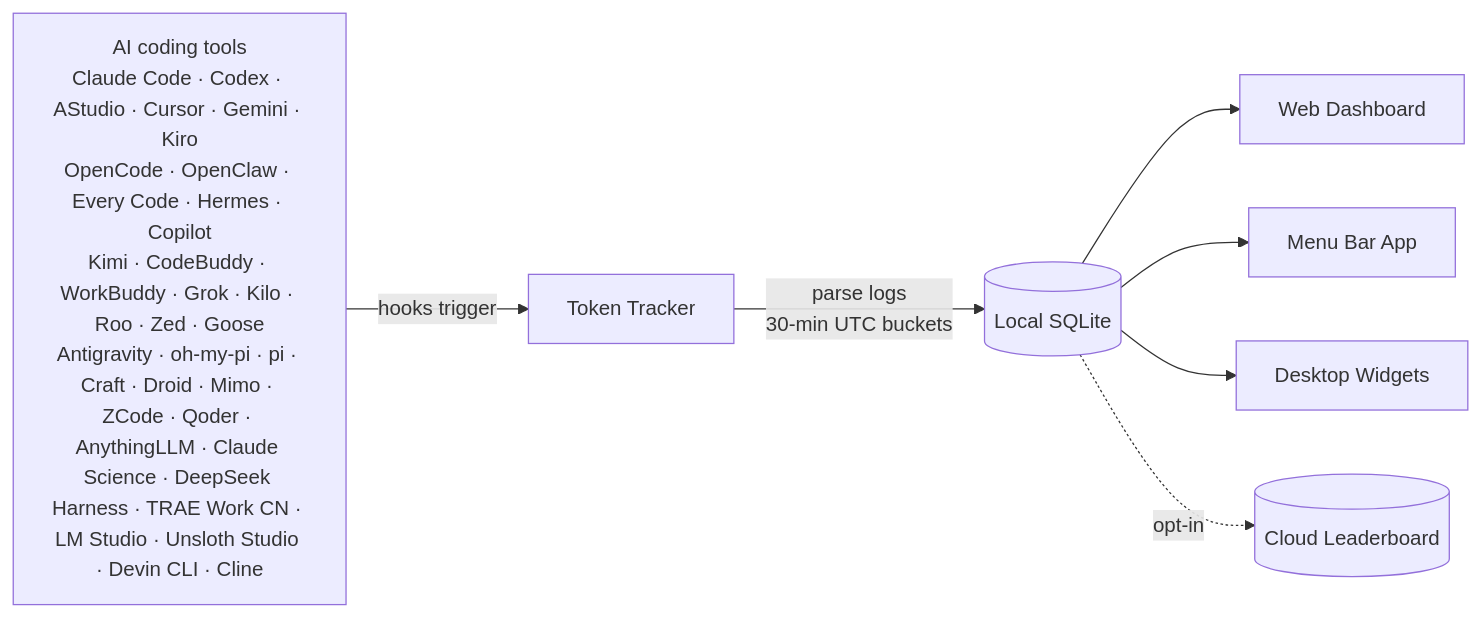
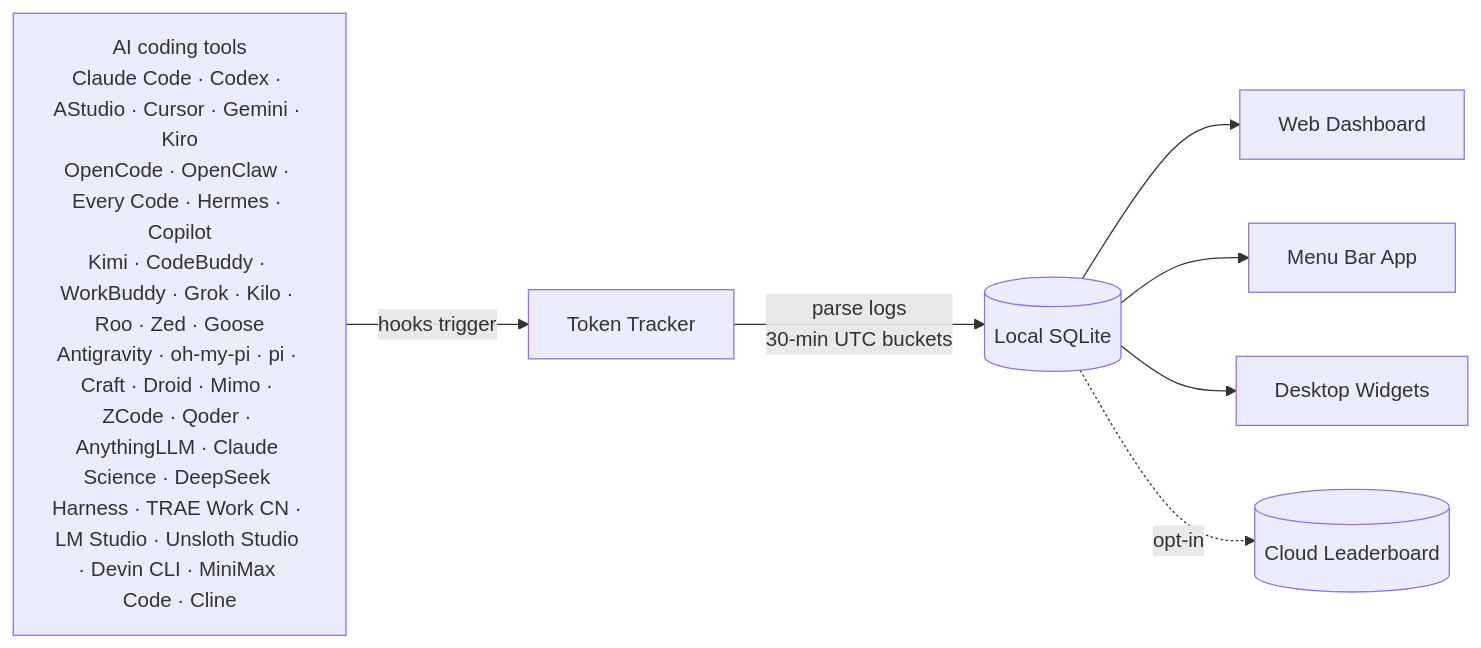
One commit to SayAMDYES/TokenTracker changed the diagram in README.ja.md. Above: the diagram before and after it, drawn with Mermaid. The commit also changed other lines of this file and 5 other files, not shown here.

Commit message:
docs: refresh Cline and MiniMax inventories

````diff
--- a/README.ja.md
+++ b/README.ja.md
@@ -244,10 +244,10 @@
 ```mermaid
 flowchart LR
-    A["AI coding tools<br/>Claude Code · Codex · AStudio · Cursor · Gemini · Kiro<br/>OpenCode · OpenClaw · Every Code · Hermes · Copilot<br/>Kimi · CodeBuddy · WorkBuddy · Grok · Kilo · Roo · Zed · Goose<br/>Antigravity · oh-my-pi · pi · Craft · Droid · Mimo · ZCode · Qoder · AnythingLLM · Claude Science · DeepSeek Harness · TRAE Work CN · LM Studio · Unsloth Studio · Devin CLI · Cline"]
+    A["AI coding tools<br/>Claude Code · Codex · AStudio · Cursor · Gemini · Kiro<br/>OpenCode · OpenClaw · Every Code · Hermes · Copilot<br/>Kimi · CodeBuddy · WorkBuddy · Grok · Kilo · Roo · Zed · Goose<br/>Antigravity · oh-my-pi · pi · Craft · Droid · Mimo · ZCode · Qoder · AnythingLLM · Claude Science · DeepSeek Harness · TRAE Work CN · LM Studio · Unsloth Studio · Devin CLI · MiniMax Code · Cline"]
     A -->|hooks trigger| B[Token Tracker]
     B -->|parse logs<br/>30-min UTC buckets| C[(Local SQLite)]
     C --> D[Web Dashboard]
     C --> E[Menu Bar App]
     C --> F[Desktop Widgets]
     C -.->|opt-in| G[(Cloud Leaderboard)]
 ```
````
